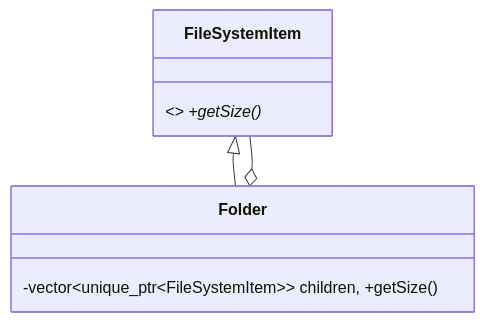
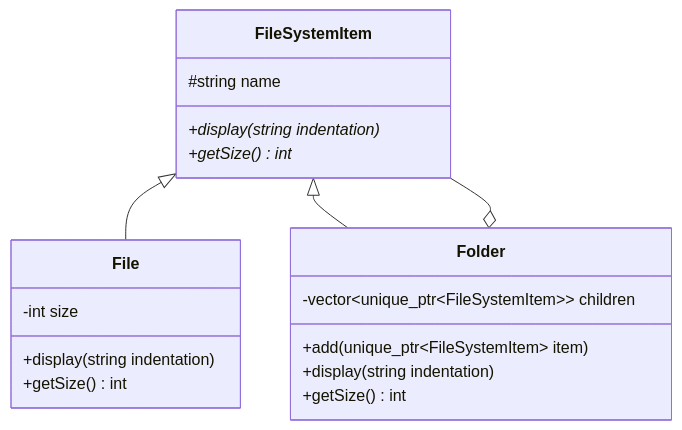
One commit to divyap271/systemDesign changed diagram 11 of 22 in readme.md. Above: the diagram before and after it, drawn with Mermaid. The commit also changed other lines of this file, not shown here.

````diff
--- a/readme.md
+++ b/readme.md
@@ -163,7 +301,22 @@
 ```mermaid
 classDiagram
-    class FileSystemItem { <<interface>> +getSize()* }
-    class Folder { -vector~unique_ptr~FileSystemItem~~ children, +getSize() }
+    class FileSystemItem {
+        #string name
+        +display(string indentation)*
+        +getSize()* int
+    }
+    class File {
+        -int size
+        +display(string indentation)
+        +getSize() int
+    }
+    class Folder {
+        -vector~unique_ptr~FileSystemItem~~ children
+        +add(unique_ptr~FileSystemItem~ item)
+        +display(string indentation)
+        +getSize() int
+    }
+    FileSystemItem <|-- File
     FileSystemItem <|-- Folder
     Folder o-- FileSystemItem
 ```
````
